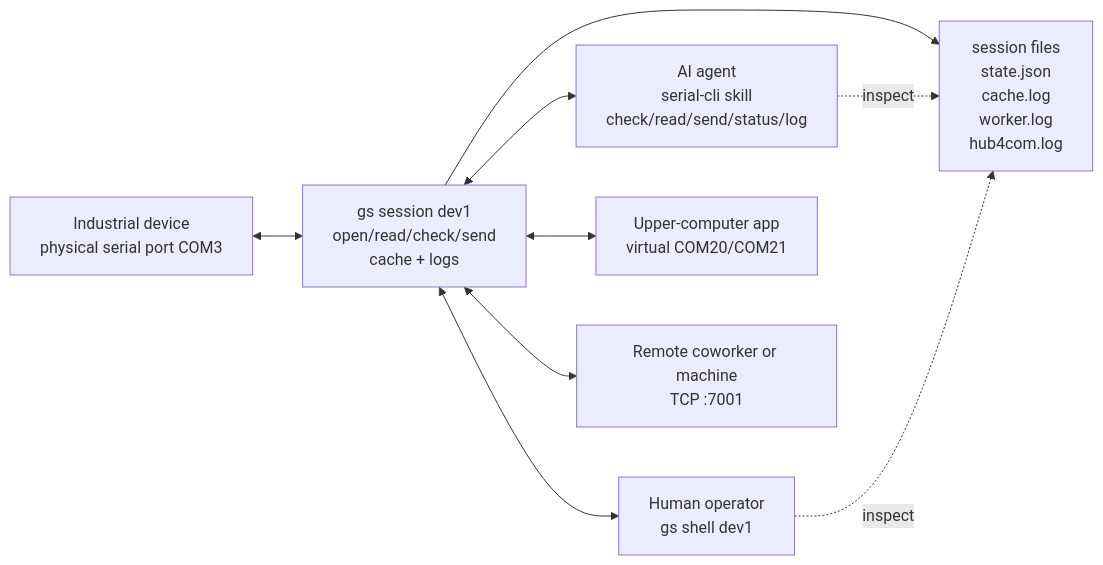
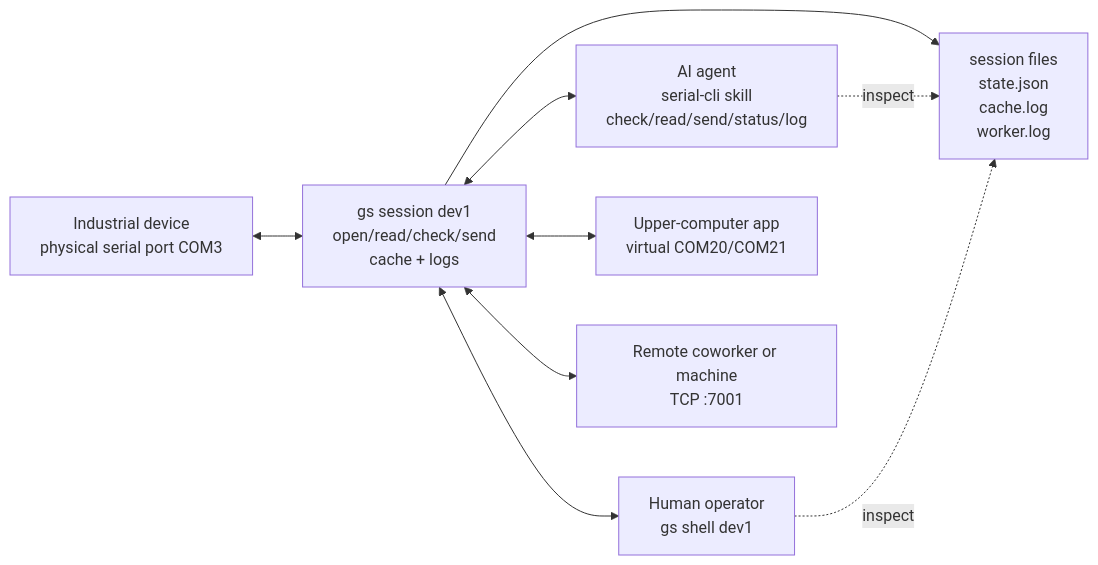
One commit to shikihane/go-serial-cli changed the first of 4 diagrams in README.md. Above: the diagram before and after it, drawn with Mermaid. The commit also changed other lines of this file and 17 other files, not shown here.

````diff
--- a/README.md
+++ b/README.md
@@ -121,20 +121,20 @@
 ```mermaid
 flowchart LR
     device["Industrial device\nphysical serial port COM3"]
     gs["gs session dev1\nopen/read/check/send\ncache + logs"]
-    cache["session files\nstate.json\ncache.log\nworker.log\nhub4com.log"]
+    cache["session files\nstate.json\ncache.log\nworker.log"]
 
     agent["AI agent\nserial-cli skill\ncheck/read/send/status/log"]
     human["Human operator\ngs shell dev1"]
     upper["Upper-computer app\nvirtual COM20/COM21"]
     remote["Remote coworker or machine\nTCP :7001"]
 
     device <--> gs
     gs <--> agent
     gs <--> human
     gs <--> upper
     gs <--> remote
     gs --> cache
     agent -.inspect.-> cache
     human -.inspect.-> cache
 ```
````
